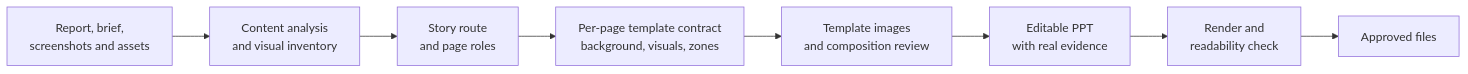
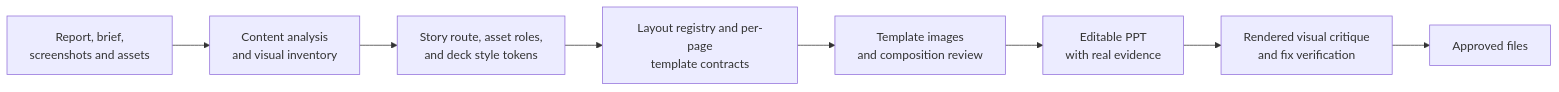
One commit to che626/competition-ppt-template-first-skill changed the diagram in README.md. Above: the diagram before and after it, drawn with Mermaid. The commit also changed other lines of this file and 9 other files, not shown here.

Commit message:
feat: add visual control and critique modules

````diff
--- a/README.md
+++ b/README.md
@@ -16,10 +16,10 @@
 ```mermaid
 flowchart LR
     A[Report, brief,<br/>screenshots and assets] --> B[Content analysis<br/>and visual inventory]
-    B --> C[Story route<br/>and page roles]
-    C --> D[Per-page template contract<br/>background, visuals, zones]
+    B --> C[Story route, asset roles,<br/>and deck style tokens]
+    C --> D[Layout registry and per-page<br/>template contracts]
     D --> E[Template images<br/>and composition review]
     E --> F[Editable PPT<br/>with real evidence]
-    F --> G[Render and<br/>readability check]
+    F --> G[Rendered visual critique<br/>and fix verification]
     G --> H[Approved files]
 ```
````
